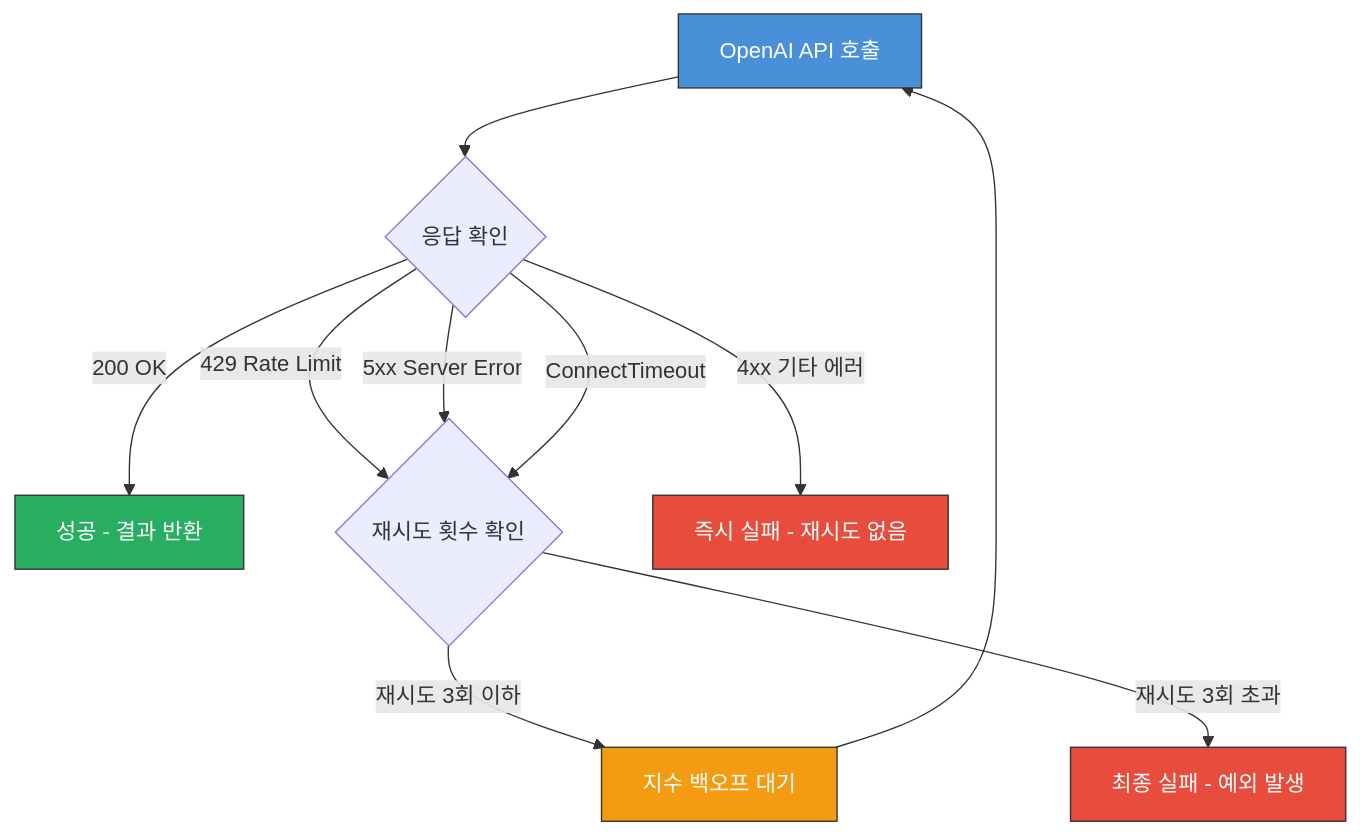
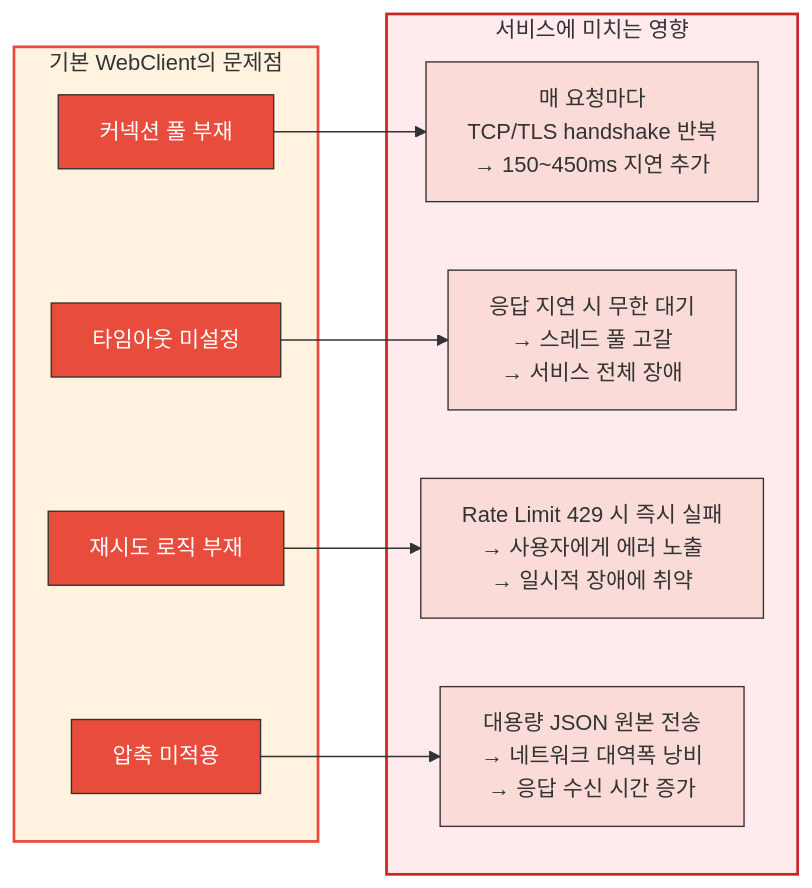
Before and after one commit to jiwon11/jiwon11.github.io: the second of 4 diagrams in _posts/2026-02-07-kotlin-coroutines-to-spring-async-performance-improvement.md, drawn with Mermaid. The commit also changed other lines of this file and 3 other files, not shown here.

````diff
--- a/_posts/2026-02-07-kotlin-coroutines-to-spring-async-performance-improvement.md
+++ b/_posts/2026-02-07-kotlin-coroutines-to-spring-async-performance-improvement.md
@@ -576,20 +233,32 @@
 ```mermaid
-flowchart TD
-    A[OpenAI API 호출] --> B{응답 확인}
-    B -->|200 OK| C[성공 - 결과 반환]
-    B -->|429 Rate Limit| D{재시도 횟수 확인}
-    B -->|5xx Server Error| D
-    B -->|4xx 기타 에러| E[즉시 실패 - 재시도 없음]
-    B -->|ConnectTimeout| D
+graph LR
+    subgraph problem["기본 WebClient의 문제점"]
+        B["커넥션 풀 부재"]
+        C["타임아웃 미설정"]
+        D["재시도 로직 부재"]
+        E["압축 미적용"]
+    end
 
-    D -->|재시도 3회 이하| F[지수 백오프 대기]
-    D -->|재시도 3회 초과| G[최종 실패 - 예외 발생]
+    subgraph impact["서비스에 미치는 영향"]
+        F["매 요청마다<br>TCP/TLS handshake 반복<br>→ 150~450ms 지연 추가"]
+        G["응답 지연 시 무한 대기<br>→ 스레드 풀 고갈<br>→ 서비스 전체 장애"]
+        H["Rate Limit 429 시 즉시 실패<br>→ 사용자에게 에러 노출<br>→ 일시적 장애에 취약"]
+        I["대용량 JSON 원본 전송<br>→ 네트워크 대역폭 낭비<br>→ 응답 수신 시간 증가"]
+    end
 
-    F --> A
+    B --> F
+    C --> G
+    D --> H
+    E --> I
 
-    style A fill:#4A90D9,stroke:#333,color:#fff
-    style C fill:#27AE60,stroke:#333,color:#fff
+    style problem fill:#FFF3E0,stroke:#E74C3C,stroke-width:2px
+    style impact fill:#FFEBEE,stroke:#C62828,stroke-width:2px
+    style B fill:#E74C3C,stroke:#333,color:#fff
+    style C fill:#E74C3C,stroke:#333,color:#fff
+    style D fill:#E74C3C,stroke:#333,color:#fff
     style E fill:#E74C3C,stroke:#333,color:#fff
-    style G fill:#E74C3C,stroke:#333,color:#fff
-    style F fill:#F39C12,stroke:#333,color:#fff
+    style F fill:#FADBD8,stroke:#333
+    style G fill:#FADBD8,stroke:#333
+    style H fill:#FADBD8,stroke:#333
+    style I fill:#FADBD8,stroke:#333
 ```
````
